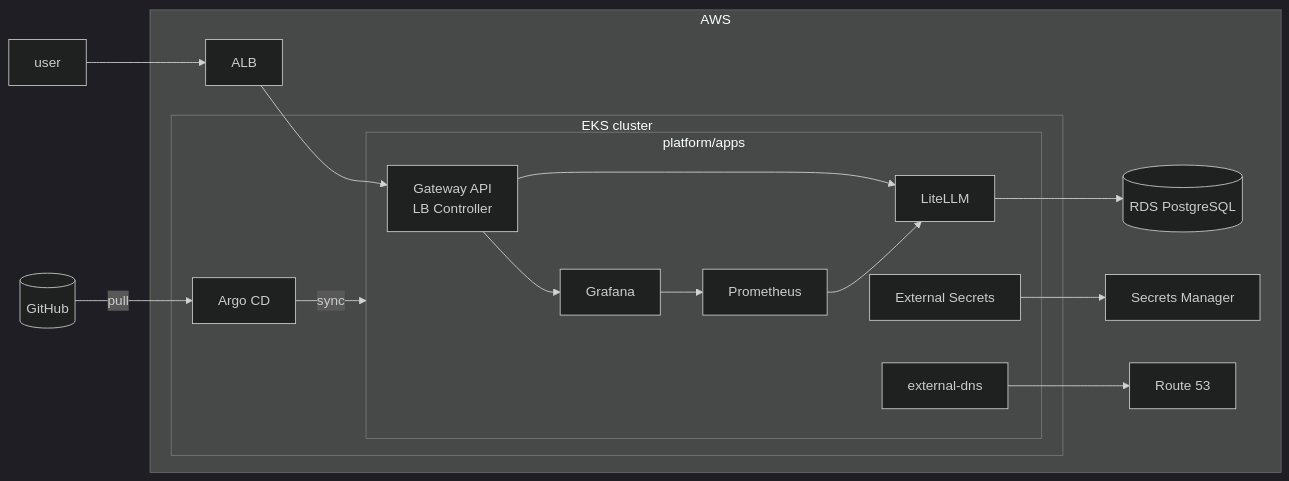
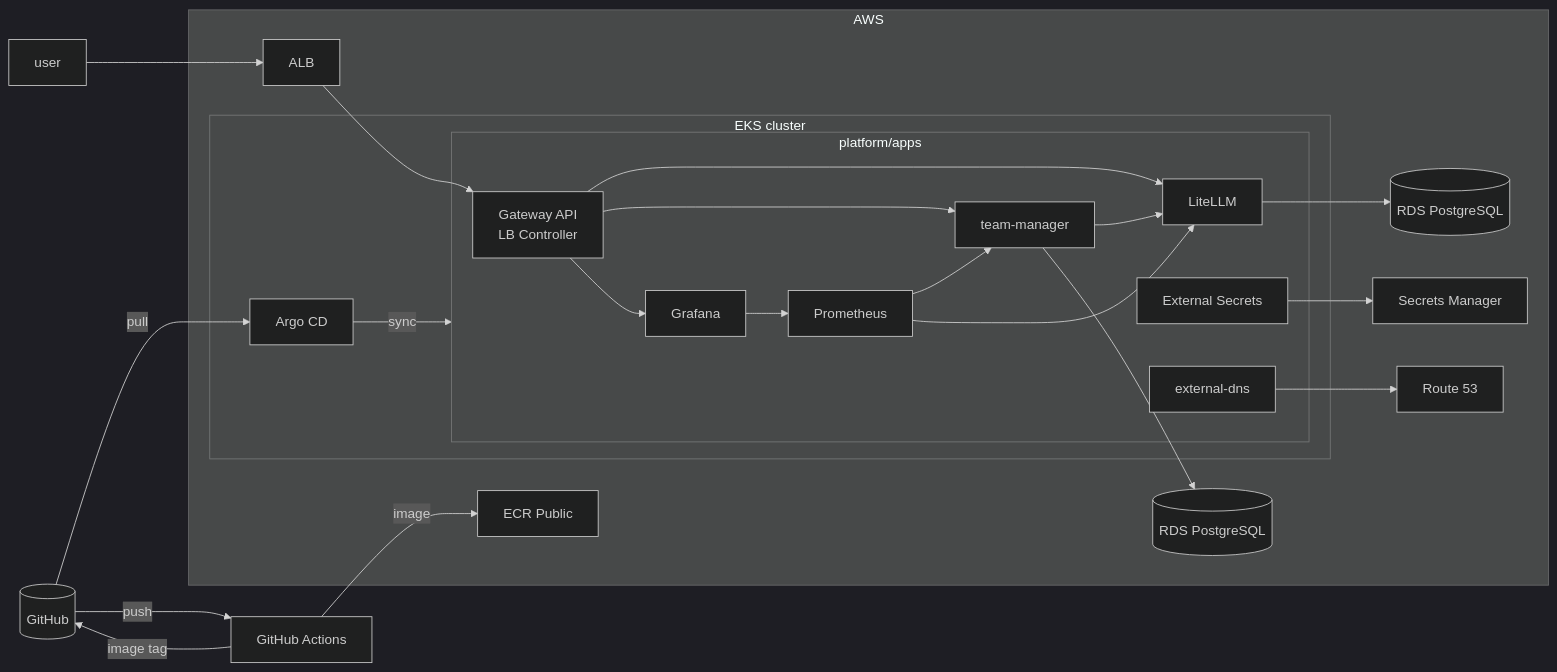
The diagram in README.md (pluvivanto/canteen), drawn with Mermaid (dark theme) before and after one commit. The commit also changed other lines of this file, not shown here.

````diff
--- a/README.md
+++ b/README.md
@@ -8,23 +8,31 @@
 ```mermaid
 flowchart LR
     user --> alb[ALB]
     git[(GitHub)] -->|pull| argocd
+    git -->|push| ci[GitHub Actions]
+    ci -->|image| ecr
+    ci -->|image tag| git
 
     subgraph aws [AWS]
         alb --> gw
         subgraph cluster [EKS cluster]
             argocd[Argo CD] -->|sync| apps
             subgraph apps [platform/apps]
                 gw[Gateway API<br>LB Controller] --> litellm[LiteLLM]
+                gw --> tm[team-manager]
                 gw --> grafana[Grafana]
+                tm --> litellm
                 prom[Prometheus] --> litellm
+                prom --> tm
                 grafana --> prom
                 eso[External Secrets]
                 dns[external-dns]
             end
         end
         litellm --> rds[(RDS PostgreSQL)]
+        tm --> rds2[(RDS PostgreSQL)]
         eso --> sm[Secrets Manager]
         dns --> r53[Route 53]
+        ecr[ECR Public]
     end
 ```
````
